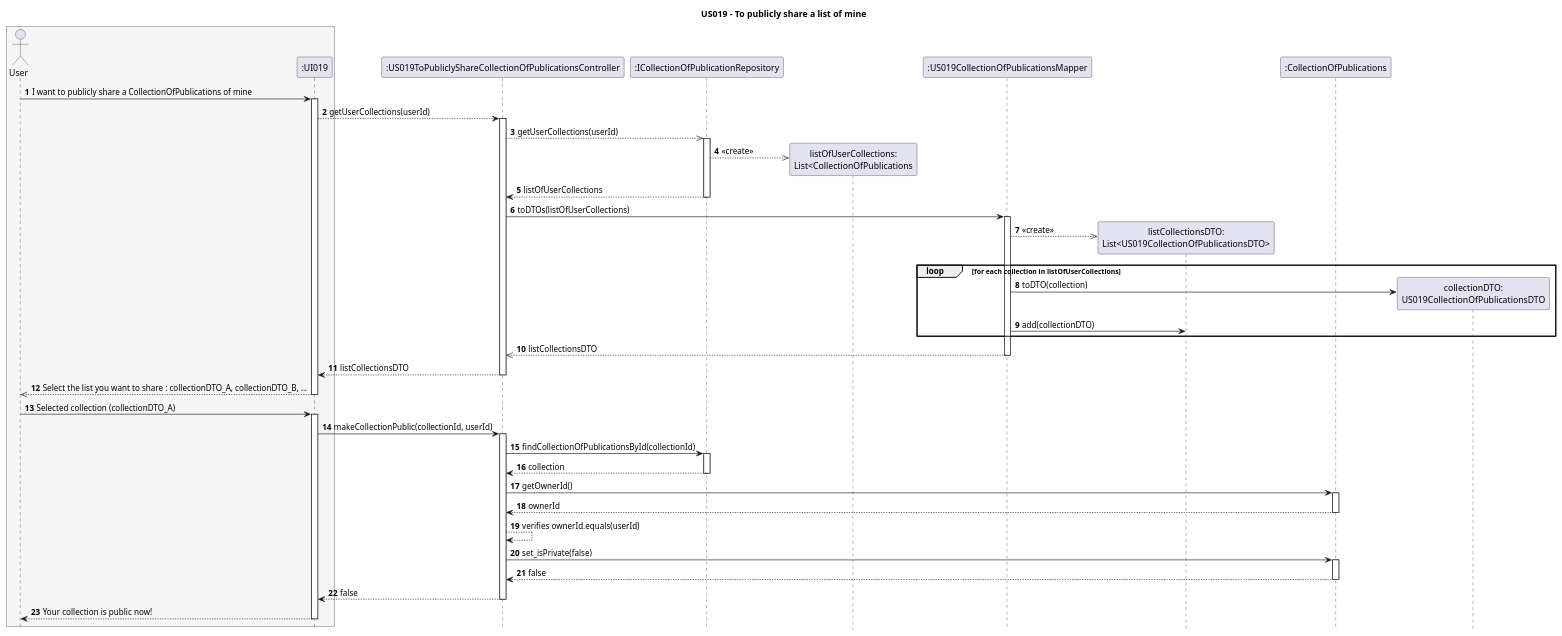
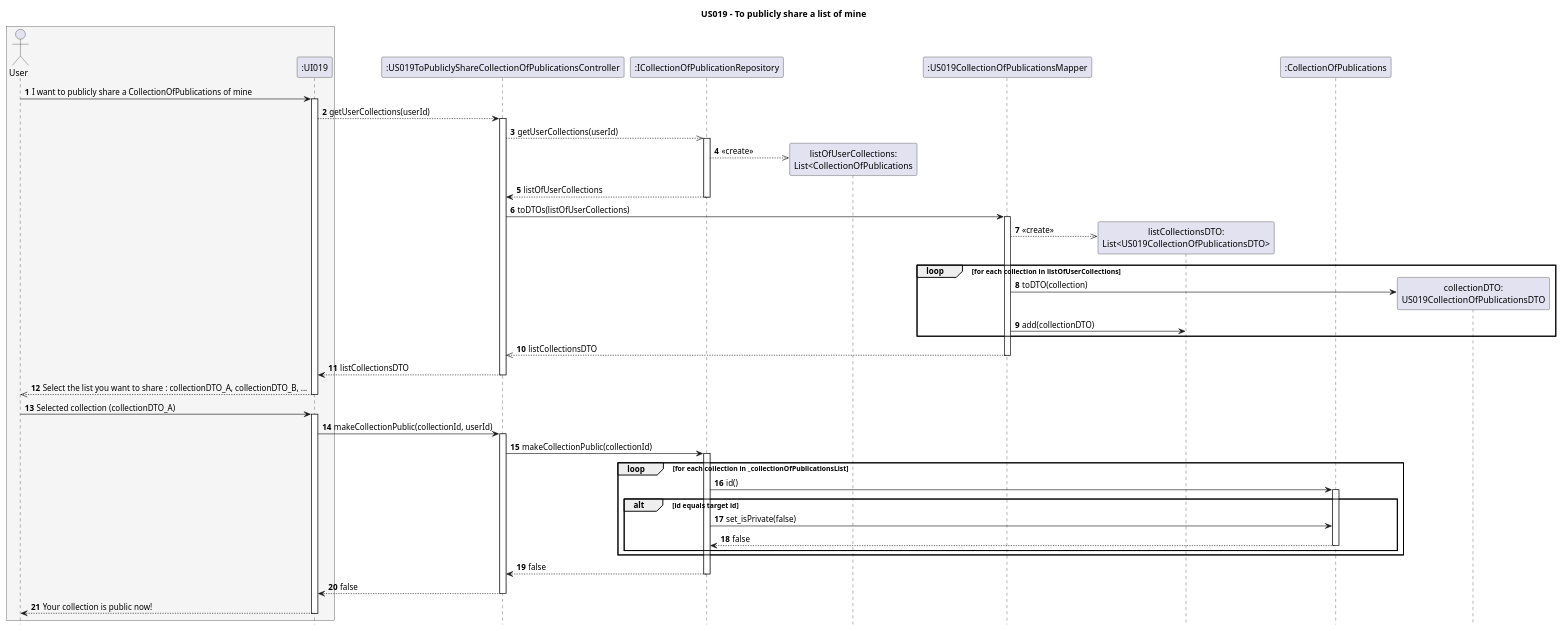
One commit to AndrePereiraGitH/SWitCH-Project-Team_A changed the diagram in Diagrams/SequenceDiagrams/N2/US019-to-publicly-share-a-list.puml. Above: the diagram before and after it, drawn with PlantUML. The commit also changed 7 other files, not shown here.

Commit message:
Working on #602, #606, #605. Updated repository method and US019 diagrams

```diff
--- a/Diagrams/SequenceDiagrams/N2/US019-to-publicly-share-a-list.puml
+++ b/Diagrams/SequenceDiagrams/N2/US019-to-publicly-share-a-list.puml
@@ -1,82 +1,82 @@
 @startuml
 
 hide footbox
 autonumber
 
 title US019 - To publicly share a list of mine
 
 box #WhiteSmoke
 actor User
 participant ":UI019" as UI
 end box
 
 participant ":US019ToPubliclyShareCollectionOfPublicationsController" as Controller
 participant ":ICollectionOfPublicationRepository" as CollectionRepository
 participant "listOfUserCollections:\nList<CollectionOfPublications" as LUC
 participant ":US019CollectionOfPublicationsMapper" as Mapper
 participant "listCollectionsDTO:\nList<US019CollectionOfPublicationsDTO>" as listCollectionsDTO
 participant ":CollectionOfPublications" as Collection
 
 ' == Section 1 - get user colllections ==
 User -> UI : I want to publicly share a CollectionOfPublications of mine
 activate UI
 UI --> Controller: getUserCollections(userId)
 
 activate Controller
 
 Controller -->> CollectionRepository: getUserCollections(userId)
 activate CollectionRepository
 CollectionRepository -->> LUC ** : «create»
 CollectionRepository --> Controller: listOfUserCollections
 deactivate CollectionRepository
 
 Controller -> Mapper : toDTOs(listOfUserCollections)
 activate Mapper
 Mapper  -->> listCollectionsDTO ** : «create»
 
     loop for each collection in listOfUserCollections
         Mapper -> "collectionDTO:\nUS019CollectionOfPublicationsDTO" ** : toDTO(collection)
         Mapper -> listCollectionsDTO : add(collectionDTO)
     end
     Mapper  -->> Controller : listCollectionsDTO
 deactivate Mapper
 
 Controller --> UI : listCollectionsDTO
 deactivate Controller
 
 UI -->> User : Select the list you want to share : collectionDTO_A, collectionDTO_B, ...
 deactivate UI
 
 ' == Section 2 - Make collection public ==
 User -> UI : Selected collection (collectionDTO_A)
 activate UI
 UI -> Controller : makeCollectionPublic(collectionId, userId)
 
 
 activate Controller
 
-Controller -> CollectionRepository : findCollectionOfPublicationsById(collectionId)
+Controller -> CollectionRepository : makeCollectionPublic(collectionId)
 activate CollectionRepository
-CollectionRepository --> Controller : collection
+
+loop for each collection in _collectionOfPublicationsList
+    CollectionRepository -> Collection : id()
+    activate Collection
+    alt id equals target id
+        CollectionRepository -> Collection : set_isPrivate(false)
+        Collection --> CollectionRepository : false
+        deactivate Collection
+    end
+end
+
+deactivate Collection
+CollectionRepository --> Controller : false
 deactivate CollectionRepository
-
-Controller -> Collection : getOwnerId()
-activate Collection
-Collection --> Controller : ownerId
-deactivate Collection
-
-Controller --> Controller : verifies ownerId.equals(userId)
-
-Controller -> Collection : set_isPrivate(false)
-activate Collection
-Collection --> Controller : false
-deactivate Collection
 
 Controller --> UI : false
 deactivate Controller
 
 UI --> User: Your collection is public now!
 
 deactivate UI
 
 @enduml
```
